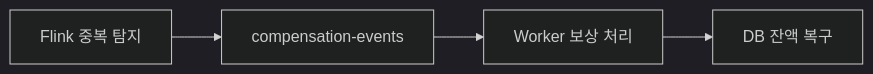
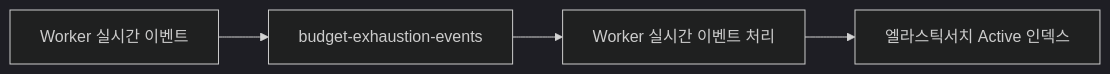
Before and after one commit to smk692/advertisement-project: the sixth of 6 diagrams in docs/2. 설계/2-4. 광고_토픽_설계.md, drawn with Mermaid (dark theme). The commit also changed other lines of this file and 15 other files, not shown here.

````diff
--- a/docs/2. 설계/2-4. 광고_토픽_설계.md
+++ b/docs/2. 설계/2-4. 광고_토픽_설계.md
@@ -243,6 +329,6 @@
 ```mermaid
 graph LR
-    F4[Flink 중복 탐지] --> K4[compensation-events]
-    K4 --> W3[Worker 보상 처리]
-    W3 --> DB[DB 잔액 복구]
+    W3[Worker 실시간 이벤트] --> K4[budget-exhaustion-events]
+    K4 --> W4[Worker 실시간 이벤트 처리]
+    W4 --> ES[엘라스틱서치 Active 인덱스]
 ```
````
